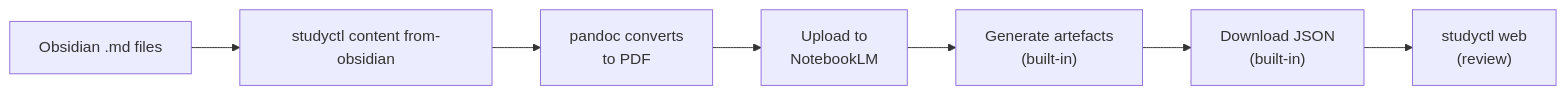
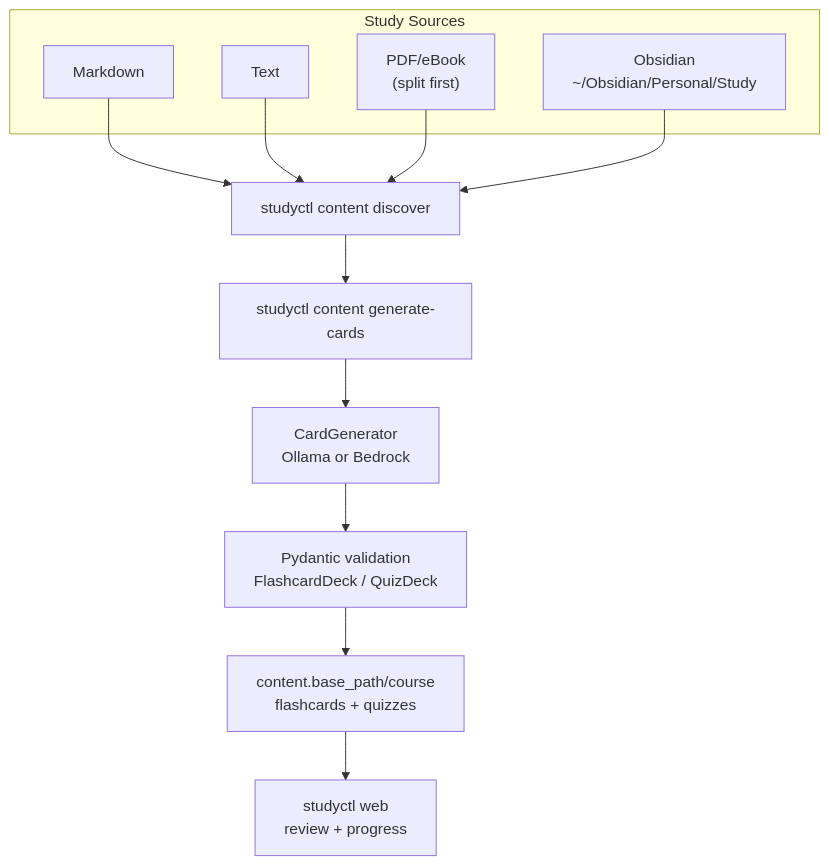
One commit to NetDevAutomate/StudyLoop changed the first of 2 diagrams in docs/content-pipeline.md. Above: the diagram before and after it, drawn with Mermaid. The commit also changed other lines of this file and 44 other files, not shown here.

Commit message:
Document StudyLoop architecture and local study flow

````diff
--- a/docs/content-pipeline.md
+++ b/docs/content-pipeline.md
@@ -116,9 +16,26 @@
 ```mermaid
-graph LR
-    A["Obsidian .md files"] --> B["studyctl content from-obsidian"]
-    B --> C["pandoc converts<br/>to PDF"]
-    C --> D["Upload to<br/>NotebookLM"]
-    D --> E["Generate artefacts<br/>(built-in)"]
-    E --> F["Download JSON<br/>(built-in)"]
-    F --> G["studyctl web<br/>(review)"]
+flowchart TB
+    subgraph Sources["Study Sources"]
+        MD["Markdown"]
+        TXT["Text"]
+        PDF["PDF/eBook<br/>(split first)"]
+        OBS["Obsidian<br/>~/Obsidian/Personal/Study"]
+    end
+
+    Discover["studyctl content discover"]
+    Generate["studyctl content generate-cards"]
+    Backend["CardGenerator<br/>Ollama or Bedrock"]
+    Validate["Pydantic validation<br/>FlashcardDeck / QuizDeck"]
+    Artefacts["content.base_path/course<br/>flashcards + quizzes"]
+    Web["studyctl web<br/>review + progress"]
+
+    MD --> Discover
+    TXT --> Discover
+    PDF --> Discover
+    OBS --> Discover
+    Discover --> Generate
+    Generate --> Backend
+    Backend --> Validate
+    Validate --> Artefacts
+    Artefacts --> Web
 ```
````
